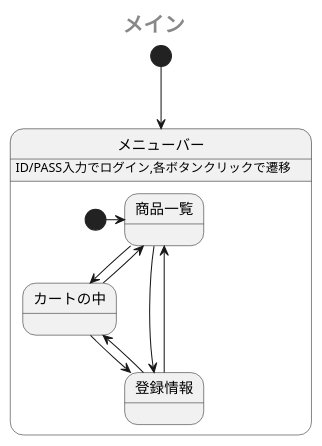
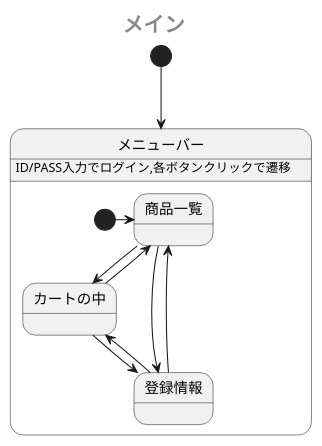
One commit to Aso2001385/2021sys-design changed the first of 2 diagrams in sample/StateMachine.md. Above: the diagram before and after it, drawn with PlantUML.

````diff
--- a/sample/StateMachine.md
+++ b/sample/StateMachine.md
@@ -1,19 +1,20 @@
 ```uml
 @startuml
  center header <size:20><b>メイン</b></size>
  [*] --> メニューバー
  state メニューバー {
    メニューバー: ID/PASS入力でログイン,各ボタンクリックで遷移
    [*] -> 商品一覧
    商品一覧 -down-> カートの中
    カートの中 -up-> 商品一覧
    カートの中 -down-> 登録情報
    登録情報 -up-> カートの中
    商品一覧 -right-> 登録情報
    登録情報 -left-> 商品一覧
    登録情報 -[hidden]> 商品一覧
+   登録情報 -[hidden]> 商品一覧
 
  }
  
 @enduml
 ```
````
